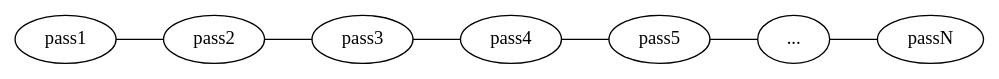
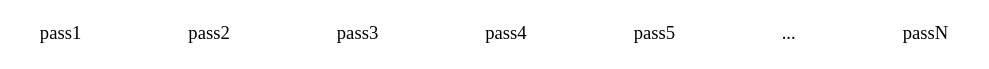
One commit to luc-tielen/talks changed the diagram in ast_transforms/schematics/nanopass_compiler.dot. Above: the diagram before and after it, drawn with Graphviz. The commit also changed 15 other files, not shown here.

```diff
--- a/ast_transforms/schematics/nanopass_compiler.dot
+++ b/ast_transforms/schematics/nanopass_compiler.dot
@@ -1,9 +1,13 @@
 graph {
   rankdir = "LR";
+  bgcolor=transparent;
+  node[color=white style="filled,solid"];
+  edge[color=white fontcolor=white];
+
   pass1 -- pass2;
   pass2 -- pass3;
   pass3 -- pass4;
   pass4 -- pass5;
   pass5 -- "...";
   "..." -- passN;
 }
```
